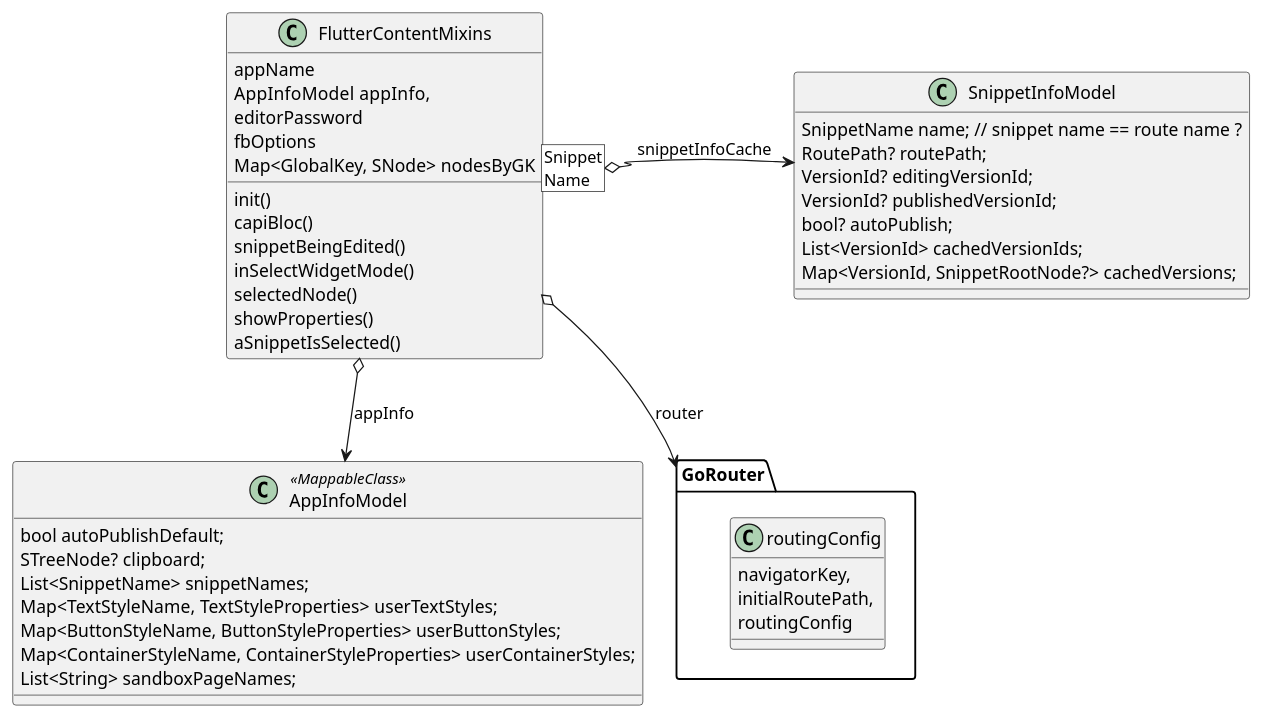
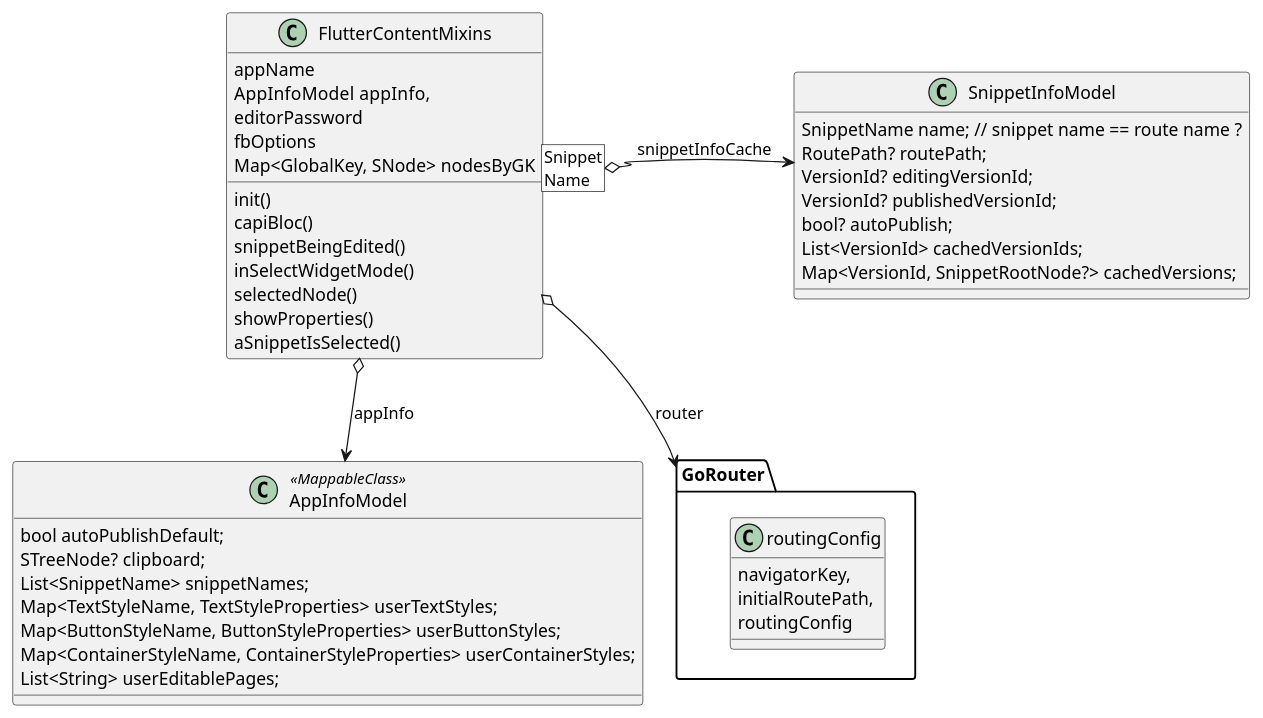
Before and after one commit to biancashouse/flutter_content: the diagram in lib/flutter_content_uml.puml, drawn with PlantUML. The commit also changed 19 other files, not shown here.

```diff
--- a/lib/flutter_content_uml.puml
+++ b/lib/flutter_content_uml.puml
@@ -1,55 +1,55 @@
 @startuml
 
 'https://plantuml.com/class-diagram
 
 class FlutterContentMixins {
     appName
     AppInfoModel  appInfo,
     editorPassword
     fbOptions
     Map<GlobalKey, SNode> nodesByGK
     init()
     capiBloc()
     snippetBeingEdited()
     inSelectWidgetMode()
     selectedNode()
     showProperties()
     aSnippetIsSelected()
 }
 
 class GoRouter.routingConfig {
     navigatorKey,
     initialRoutePath,
     routingConfig
    }
 FlutterContentMixins o--> GoRouter : router
 
 /'
 class RoutingConfig {}
 FlutterContentMixins o--> RoutingConfig : routingConfig
 '/
 
 class AppInfoModel<<MappableClass>> {
     bool autoPublishDefault;
     STreeNode? clipboard;
     List<SnippetName> snippetNames;
     Map<TextStyleName, TextStyleProperties> userTextStyles;
     Map<ButtonStyleName, ButtonStyleProperties> userButtonStyles;
     Map<ContainerStyleName, ContainerStyleProperties> userContainerStyles;
-    List<String> sandboxPageNames;
+    List<String> userEditablePages;
 }
 FlutterContentMixins o--> AppInfoModel : appInfo
 
 class SnippetInfoModel {
     SnippetName name; // snippet name == route name ?
     RoutePath? routePath;
     VersionId? editingVersionId;
     VersionId? publishedVersionId;
     bool? autoPublish;
     List<VersionId> cachedVersionIds;
     Map<VersionId, SnippetRootNode?> cachedVersions;
 }
 FlutterContentMixins [Snippet\nName] o-r-> SnippetInfoModel : snippetInfoCache
 
 
 @enduml
```
